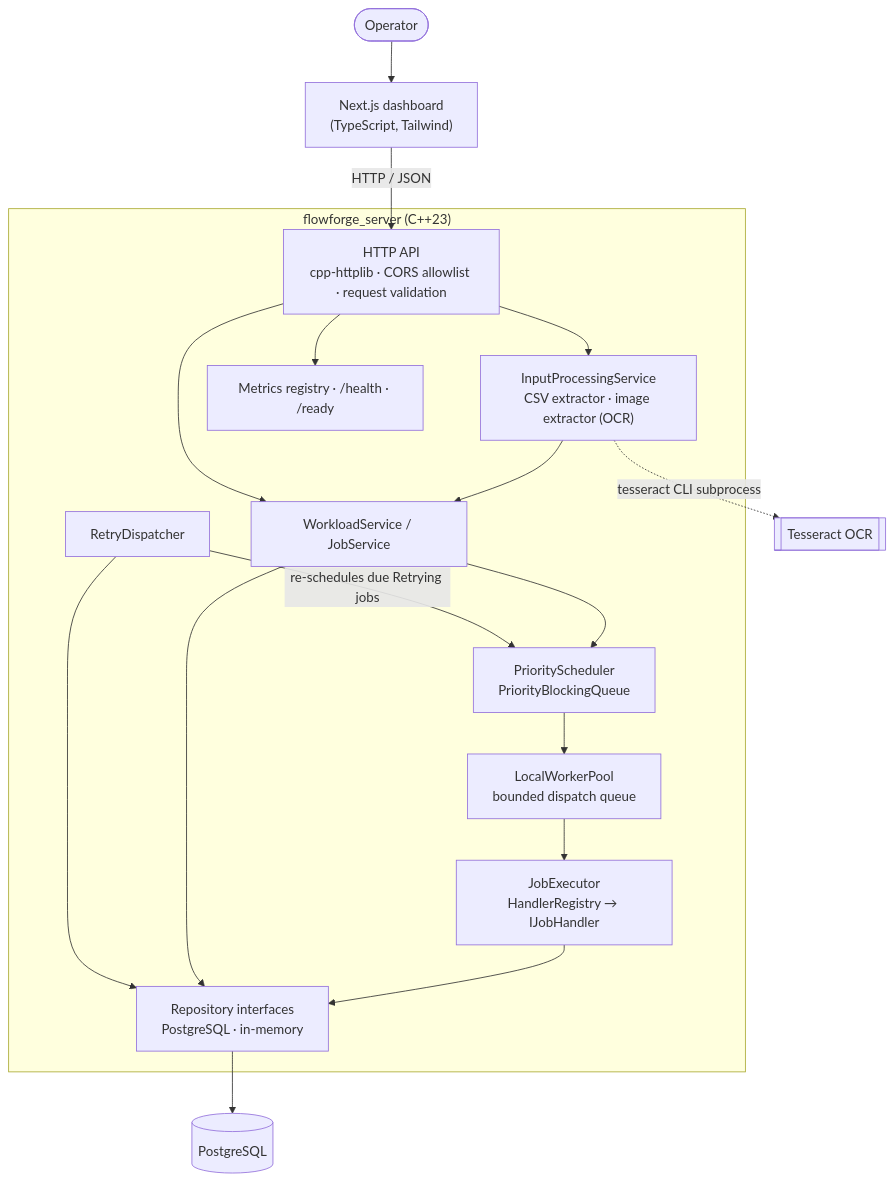
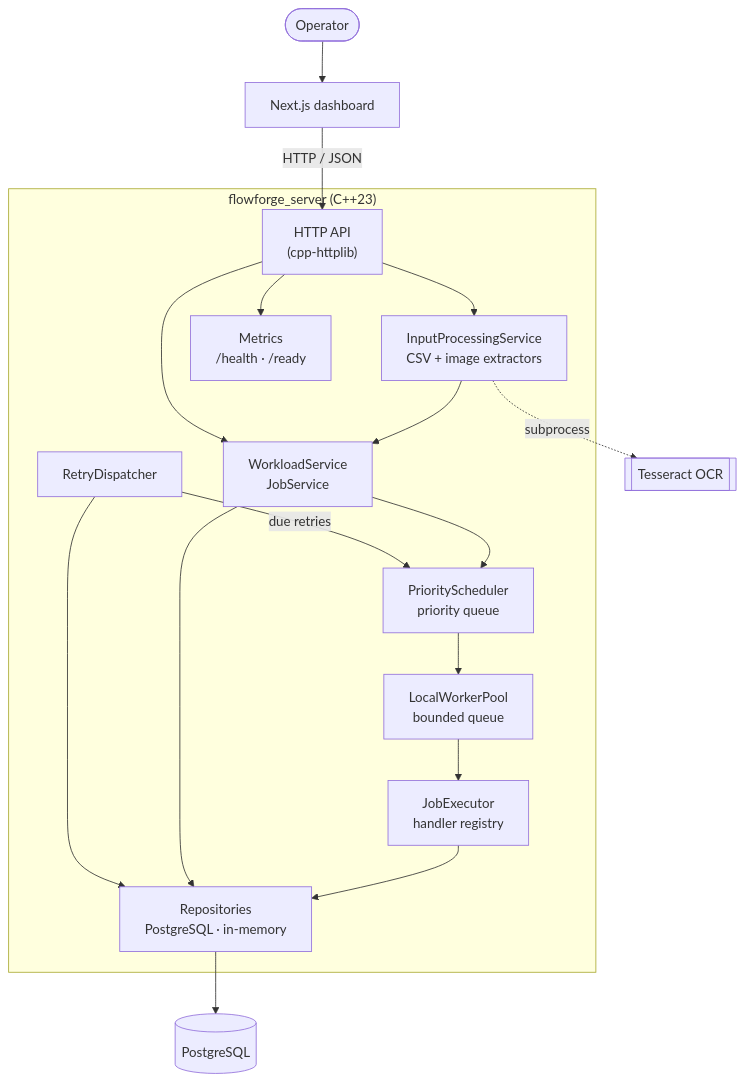
The first of 3 diagrams in README.md (faiza-ijaz0/flowforge), drawn with Mermaid before and after one commit. The commit also changed other lines of this file, not shown here.

First line of the commit message:
docs: shorten README diagram labels so GitHub renders them unclipped

````diff
--- a/README.md
+++ b/README.md
@@ -84,29 +84,29 @@
 ```mermaid
 flowchart TB
-    user([Operator]) --> dash["Next.js dashboard<br/>(TypeScript, Tailwind)"]
+    user([Operator]) --> dash["Next.js dashboard"]
     dash -->|HTTP / JSON| api
 
     subgraph server["flowforge_server (C++23)"]
-        api["HTTP API<br/>cpp-httplib · CORS allowlist · request validation"]
-        ips["InputProcessingService<br/>CSV extractor · image extractor (OCR)"]
-        wls["WorkloadService / JobService"]
-        sched["PriorityScheduler<br/>PriorityBlockingQueue"]
-        pool["LocalWorkerPool<br/>bounded dispatch queue"]
-        exec["JobExecutor<br/>HandlerRegistry → IJobHandler"]
+        api["HTTP API<br/>(cpp-httplib)"]
+        ips["InputProcessingService<br/>CSV + image extractors"]
+        wls["WorkloadService<br/>JobService"]
+        sched["PriorityScheduler<br/>priority queue"]
+        pool["LocalWorkerPool<br/>bounded queue"]
+        exec["JobExecutor<br/>handler registry"]
         retry["RetryDispatcher"]
-        metrics["Metrics registry · /health · /ready"]
-        repos["Repository interfaces<br/>PostgreSQL · in-memory"]
+        metrics["Metrics<br/>/health · /ready"]
+        repos["Repositories<br/>PostgreSQL · in-memory"]
 
         api --> ips --> wls
         api --> wls
         wls --> sched --> pool --> exec
-        retry -->|re-schedules due Retrying jobs| sched
+        retry -->|due retries| sched
         exec --> repos
         wls --> repos
         retry --> repos
         api --> metrics
     end
 
-    ips -.->|tesseract CLI subprocess| ocr[[Tesseract OCR]]
-    repos --> pg[(PostgreSQL)]
+    ips -.->|subprocess| ocr[["Tesseract OCR"]]
+    repos --> pg[("PostgreSQL")]
 ```
````
